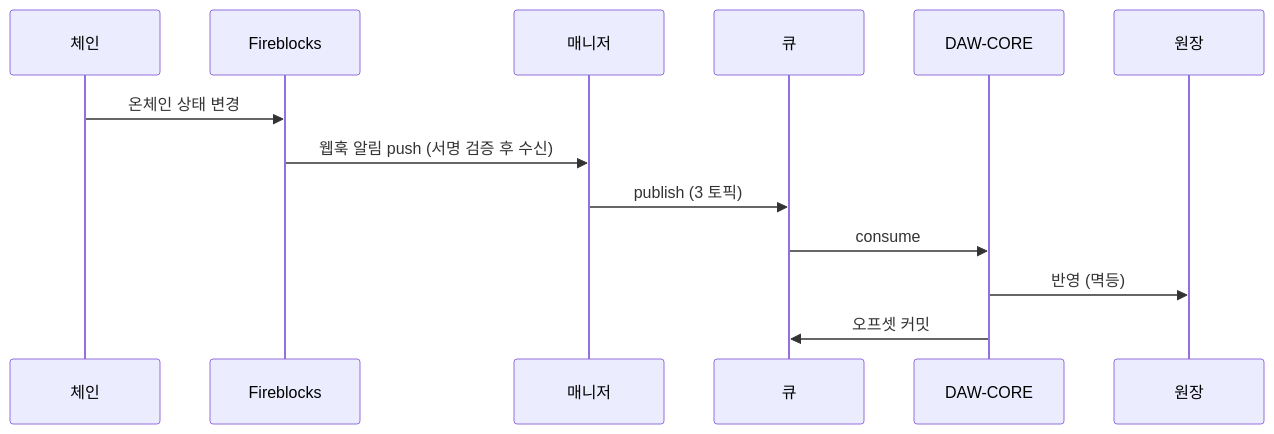
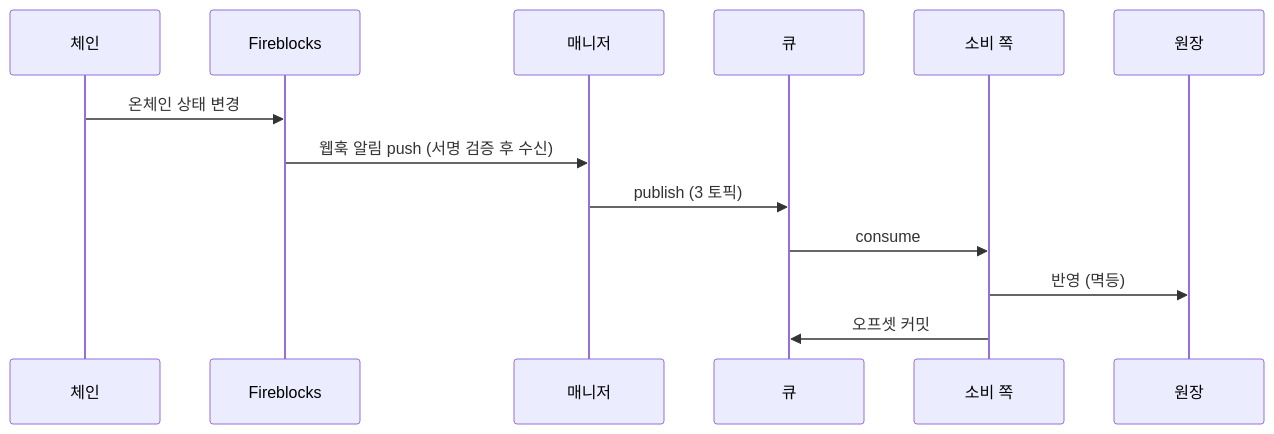
One commit to eunsujeo/eunpus changed the diagram in blockchain-manager/bcm-api-docs/api.md. Above: the diagram before and after it, drawn with Mermaid. The commit also changed other lines of this file and 6 other files, not shown here.

First line of the commit message:
블록체인매니저 API 문서에서 DAW-CORE 참조 제거 — 스펙 0.0.10

````diff
--- a/blockchain-manager/bcm-api-docs/api.md
+++ b/blockchain-manager/bcm-api-docs/api.md
@@ -106,9 +106,9 @@
 ```mermaid
 sequenceDiagram
     체인->>Fireblocks: 온체인 상태 변경
     Fireblocks->>매니저: 웹훅 알림 push (서명 검증 후 수신)
     매니저->>큐: publish (3 토픽)
-    큐->>DAW-CORE: consume
-    DAW-CORE->>원장: 반영 (멱등)
-    DAW-CORE->>큐: 오프셋 커밋
+    큐->>소비 쪽: consume
+    소비 쪽->>원장: 반영 (멱등)
+    소비 쪽->>큐: 오프셋 커밋
 ```
````
